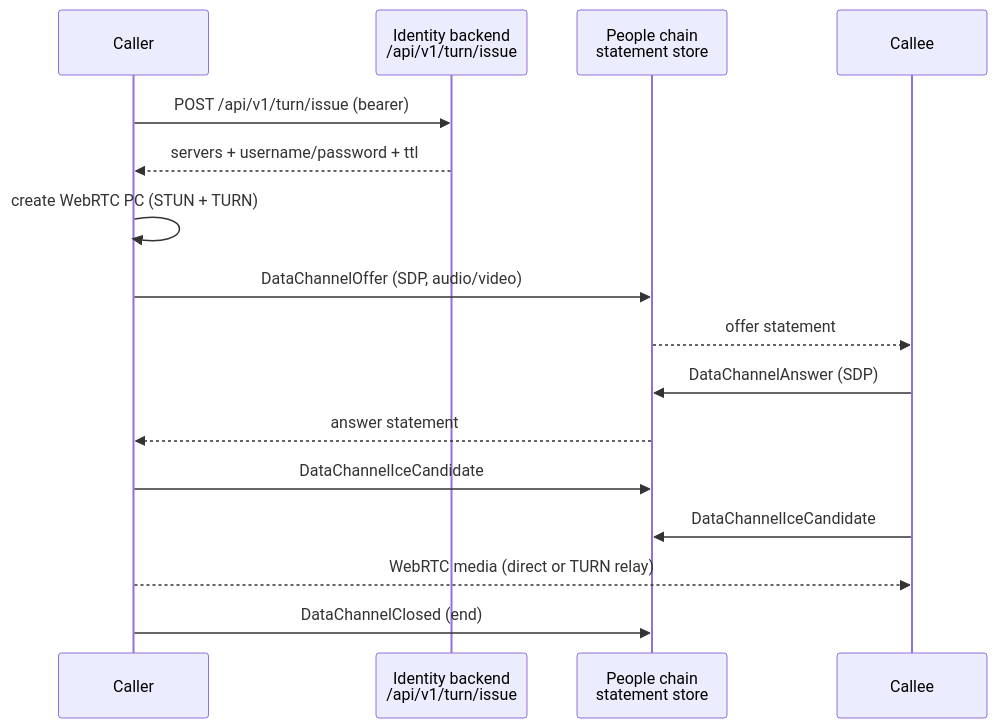
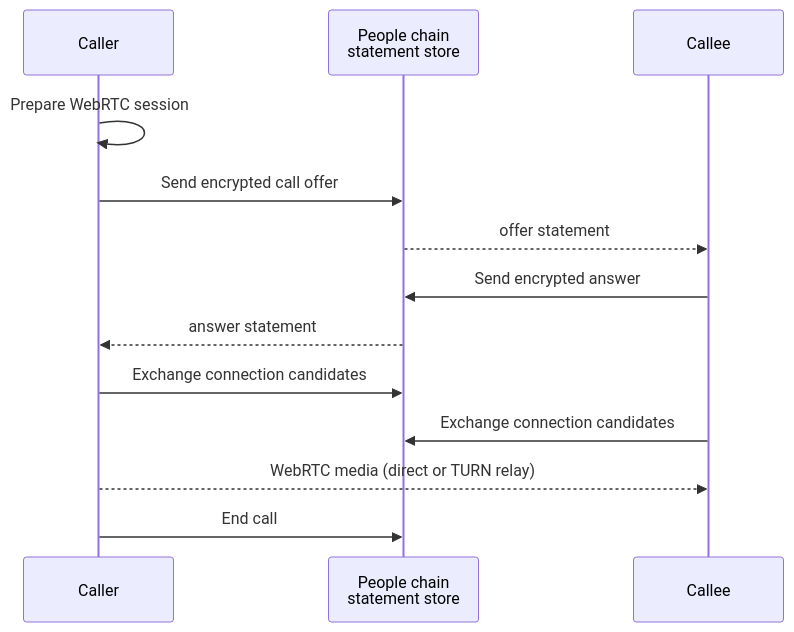
Before and after one commit to Polkadot-Community-Foundation/polkadot-app-docs: the second of 2 diagrams in docs/guides/messaging-and-calls.md, drawn with Mermaid. The commit also changed other lines of this file and 8 other files, not shown here.

````diff
--- a/docs/guides/messaging-and-calls.md
+++ b/docs/guides/messaging-and-calls.md
@@ -125,18 +110,15 @@
 ```mermaid
 sequenceDiagram
   participant Caller
-  participant IB as Identity backend<br/>/api/v1/turn/issue
   participant SS as People chain<br/>statement store
   participant Callee
-  Caller->>IB: POST /api/v1/turn/issue (bearer)
-  IB-->>Caller: servers + username/password + ttl
-  Caller->>Caller: create WebRTC PC (STUN + TURN)
-  Caller->>SS: DataChannelOffer (SDP, audio/video)
+  Caller->>Caller: Prepare WebRTC session
+  Caller->>SS: Send encrypted call offer
   SS-->>Callee: offer statement
-  Callee->>SS: DataChannelAnswer (SDP)
+  Callee->>SS: Send encrypted answer
   SS-->>Caller: answer statement
-  Caller->>SS: DataChannelIceCandidate
-  Callee->>SS: DataChannelIceCandidate
+  Caller->>SS: Exchange connection candidates
+  Callee->>SS: Exchange connection candidates
   Caller-->>Callee: WebRTC media (direct or TURN relay)
-  Caller->>SS: DataChannelClosed (end)
+  Caller->>SS: End call
 ```
````
